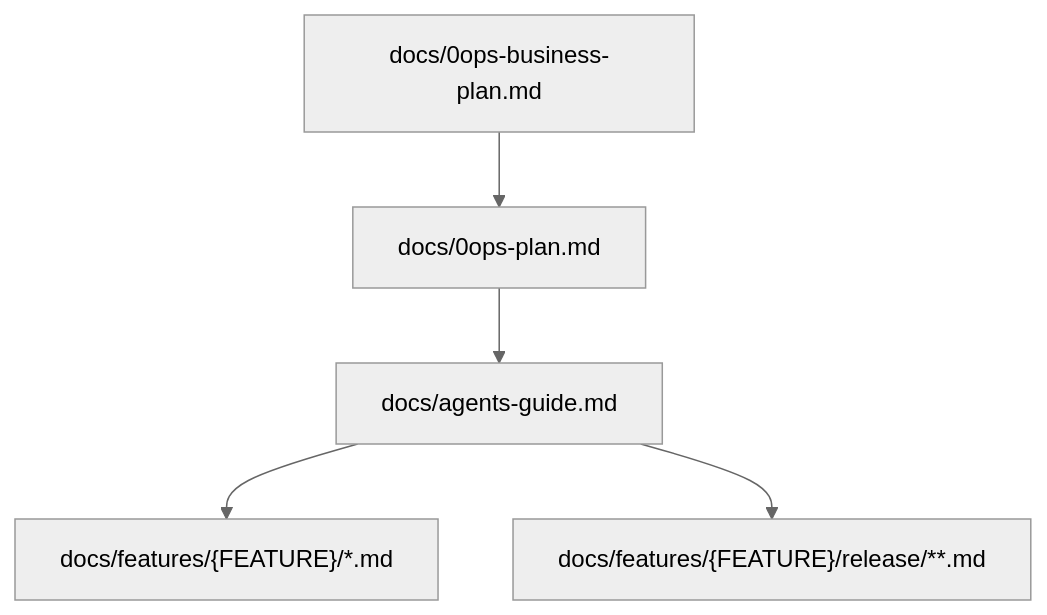
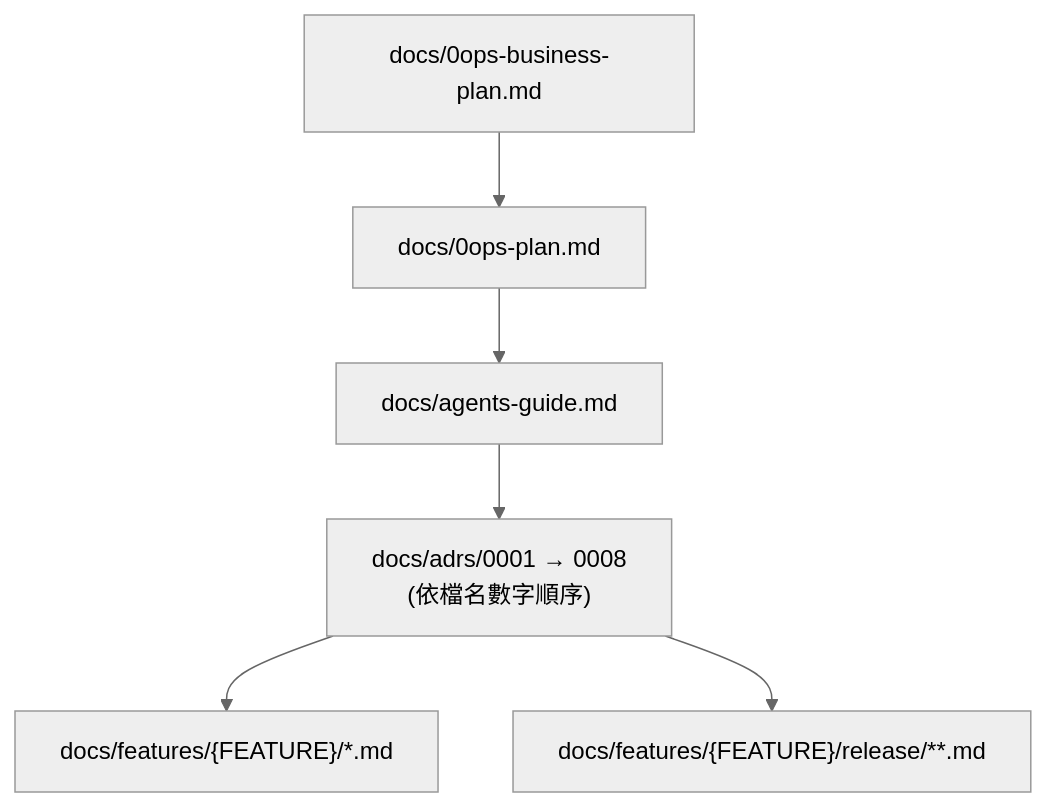
Before and after one commit to wusung/0ops: the diagram in AGENTS.md, drawn with Mermaid (neutral theme). The commit also changed other lines of this file, not shown here.

First line of the commit message:
docs(agents): add docs/adrs to required reading order and conflict precedence

````diff
--- a/AGENTS.md
+++ b/AGENTS.md
@@ -33,12 +48,13 @@
 ```mermaid
 flowchart TD
     A["docs/0ops-business-plan.md"]
     B["docs/0ops-plan.md"]
     C["docs/agents-guide.md"]
-    D["docs/features/{FEATURE}/*.md"]
-    E["docs/features/{FEATURE}/release/**.md"]
+    D["docs/adrs/0001 → 0008<br/>(依檔名數字順序)"]
+    E["docs/features/{FEATURE}/*.md"]
+    F["docs/features/{FEATURE}/release/**.md"]
 
-    A --> B --> C
-    C --> D
-    C --> E
+    A --> B --> C --> D
+    D --> E
+    D --> F
 ```
````
